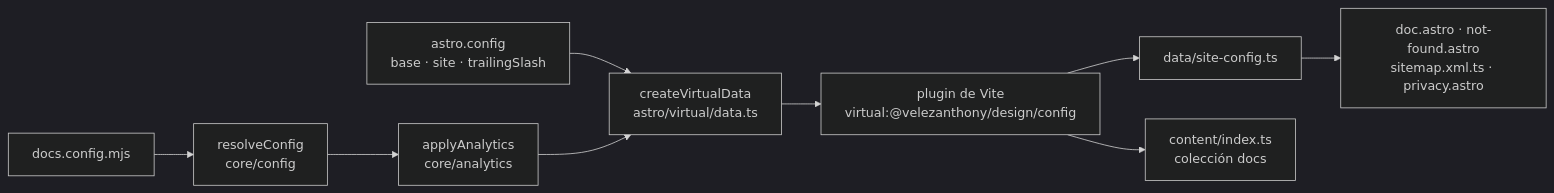
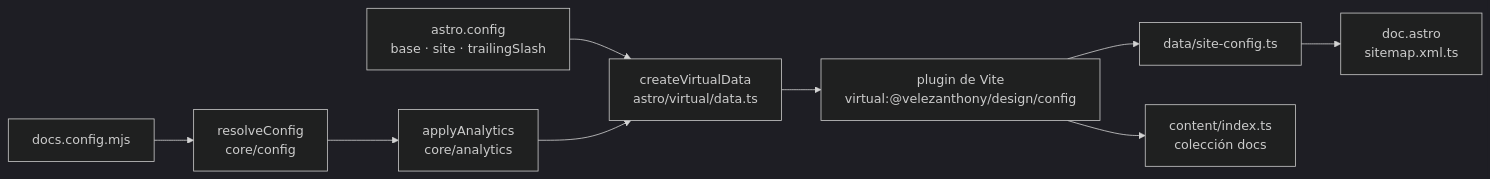
Before and after one commit to velezanthony/design: the second of 2 diagrams in docs/src/content/docs/integracion/por-dentro.md, drawn with Mermaid (dark theme). The commit also changed other lines of this file and 12 other files, not shown here.

````diff
--- a/docs/src/content/docs/integracion/por-dentro.md
+++ b/docs/src/content/docs/integracion/por-dentro.md
@@ -132,11 +131,11 @@
 ```mermaid
 flowchart LR
   cfg["docs.config.mjs"] --> rc["resolveConfig<br/>core/config"]
   rc --> aa["applyAnalytics<br/>core/analytics"]
   astro["astro.config<br/>base · site · trailingSlash"] --> vd
   aa --> vd["createVirtualData<br/>astro/virtual/data.ts"]
   vd --> vp["plugin de Vite<br/>virtual:@velezanthony/design/config"]
   vp --> sc["data/site-config.ts"]
   vp --> ct["content/index.ts<br/>colección docs"]
-  sc --> doc["doc.astro · not-found.astro<br/>sitemap.xml.ts · privacy.astro"]
+  sc --> doc["doc.astro<br/>sitemap.xml.ts"]
 ```
````
